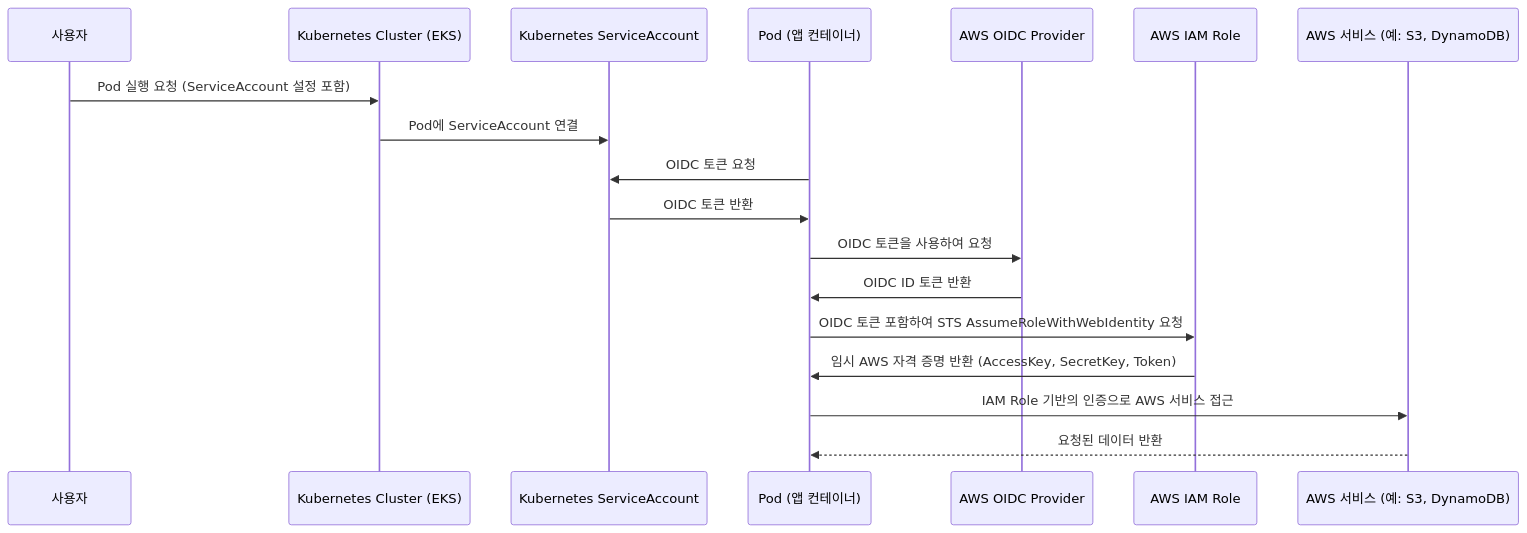
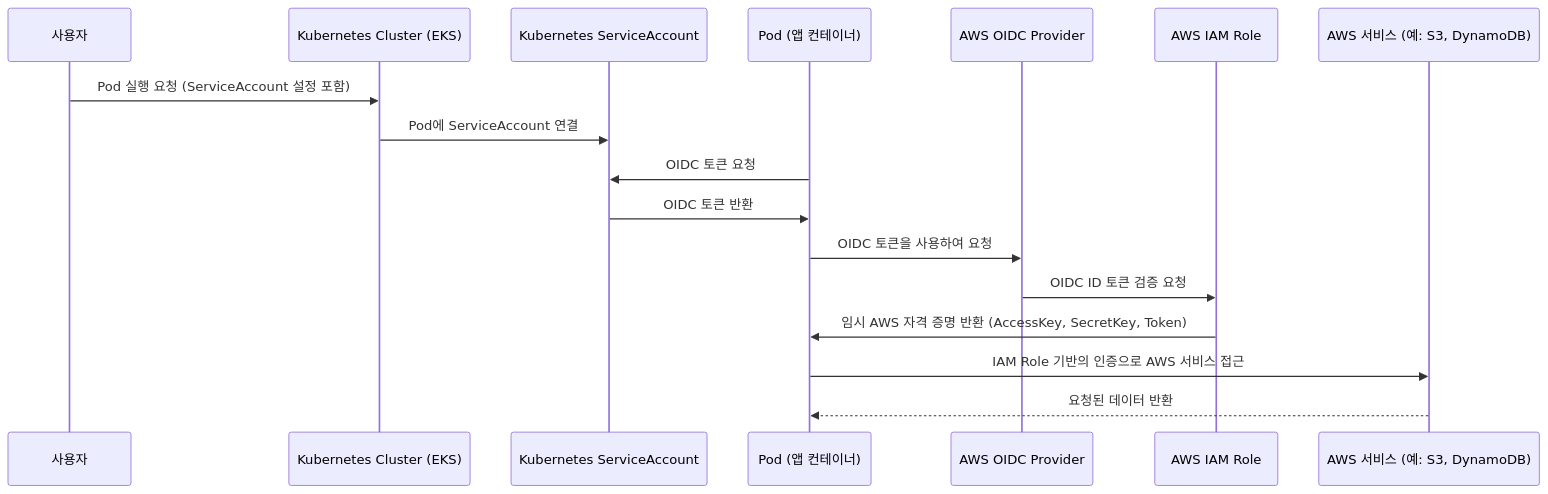
One commit to dotoryeee/blog changed the second of 3 diagrams in docs/blog/posts/Cloud Infra/sso.md. Above: the diagram before and after it, drawn with Mermaid. The commit also changed other lines of this file, not shown here.

````diff
--- a/docs/blog/posts/Cloud Infra/sso.md
+++ b/docs/blog/posts/Cloud Infra/sso.md
@@ -73,21 +71,20 @@
 ```mermaid
 sequenceDiagram
     participant User as 사용자
     participant Kubernetes as Kubernetes Cluster (EKS)
     participant ServiceAccount as Kubernetes ServiceAccount
     participant Pod as Pod (앱 컨테이너)
     participant AWS_OIDC as AWS OIDC Provider
     participant IAM as AWS IAM Role
     participant AWS_Service as AWS 서비스 (예: S3, DynamoDB)
 
     User->>Kubernetes: Pod 실행 요청 (ServiceAccount 설정 포함)
     Kubernetes->>ServiceAccount: Pod에 ServiceAccount 연결
     Pod->>ServiceAccount: OIDC 토큰 요청
     ServiceAccount->>Pod: OIDC 토큰 반환
     Pod->>AWS_OIDC: OIDC 토큰을 사용하여 요청
-    AWS_OIDC->>Pod: OIDC ID 토큰 반환
-    Pod->>IAM: OIDC 토큰 포함하여 STS AssumeRoleWithWebIdentity 요청
+    AWS_OIDC->>IAM: OIDC ID 토큰 검증 요청
     IAM->>Pod: 임시 AWS 자격 증명 반환 (AccessKey, SecretKey, Token)
     Pod->>AWS_Service: IAM Role 기반의 인증으로 AWS 서비스 접근
     AWS_Service-->>Pod: 요청된 데이터 반환
 ```
````
